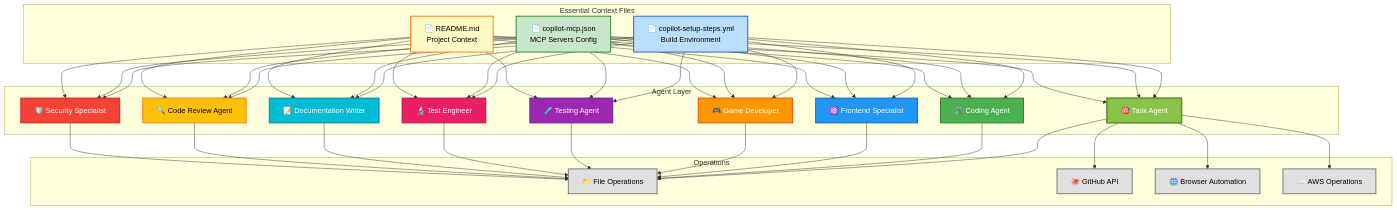
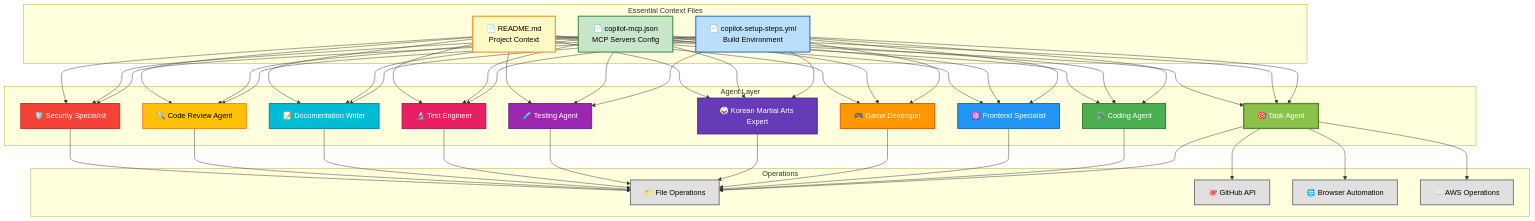
The fourth of 5 diagrams in .github/agents/README.md (Hack23/blacktrigram), drawn with Mermaid before and after one commit. The commit also changed other lines of this file and 1 other file, not shown here.

Commit message:
Add Korean Martial Arts Expert agent with Hapkido, Taekwondo, and Taekyon expertise

```diff
--- a/.github/agents/README.md
+++ b/.github/agents/README.md
@@ -460,6 +466,7 @@
         Code[🛠️ Coding Agent]
         Front[⚛️ Frontend Specialist]
         GameDev[🎮 Game Developer]
+        MartialArts[🥋 Korean Martial Arts Expert]
         Test[🧪 Testing Agent]
         TestEng[🔬 Test Engineer]
         Docs[📝 Documentation Writer]
@@ -478,6 +485,7 @@
     Setup --> Code
     Setup --> Front
     Setup --> GameDev
+    Setup --> MartialArts
     Setup --> Test
     Setup --> TestEng
     Setup --> Docs
@@ -488,6 +496,7 @@
     MCP --> Code
     MCP --> Front
     MCP --> GameDev
+    MCP --> MartialArts
     MCP --> Test
     MCP --> TestEng
     MCP --> Docs
@@ -498,6 +507,7 @@
     Main --> Code
     Main --> Front
     Main --> GameDev
+    Main --> MartialArts
     Main --> Test
     Main --> TestEng
     Main --> Docs
@@ -512,6 +522,7 @@
     Code --> Files
     Front --> Files
     GameDev --> Files
+    MartialArts --> Files
     Test --> Files
     TestEng --> Files
     Docs --> Files
@@ -526,6 +537,7 @@
     style Code fill:#4CAF50,stroke:#2E7D32,stroke-width:2px,color:#fff
     style Front fill:#2196F3,stroke:#1565C0,stroke-width:2px,color:#fff
     style GameDev fill:#FF9800,stroke:#E65100,stroke-width:2px,color:#fff
+    style MartialArts fill:#673AB7,stroke:#4527A0,stroke-width:2px,color:#fff
     style Test fill:#9C27B0,stroke:#6A1B9A,stroke-width:2px,color:#fff
     style TestEng fill:#E91E63,stroke:#AD1457,stroke-width:2px,color:#fff
     style Docs fill:#00BCD4,stroke:#00838F,stroke-width:2px,color:#fff
```
